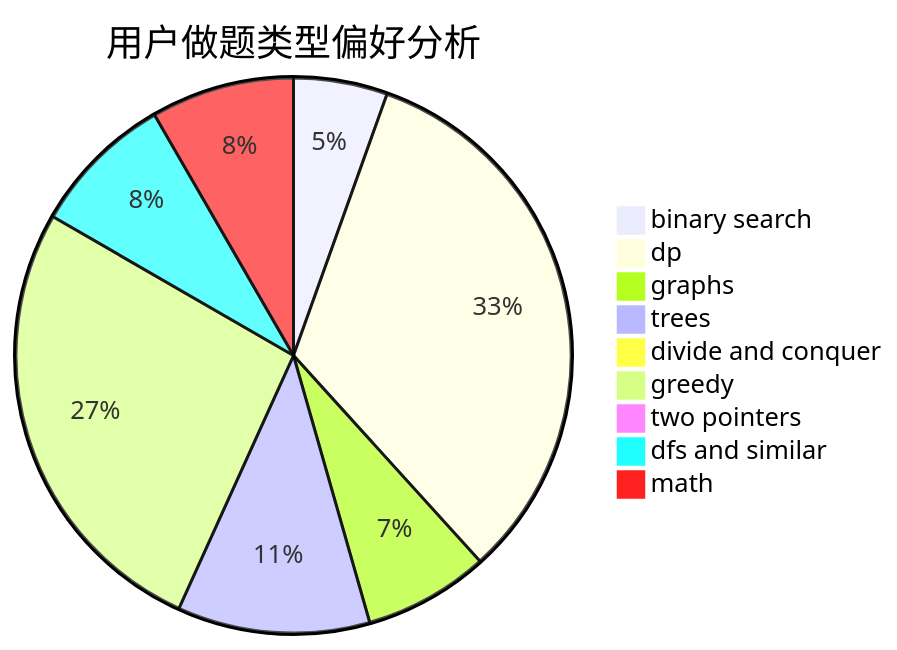
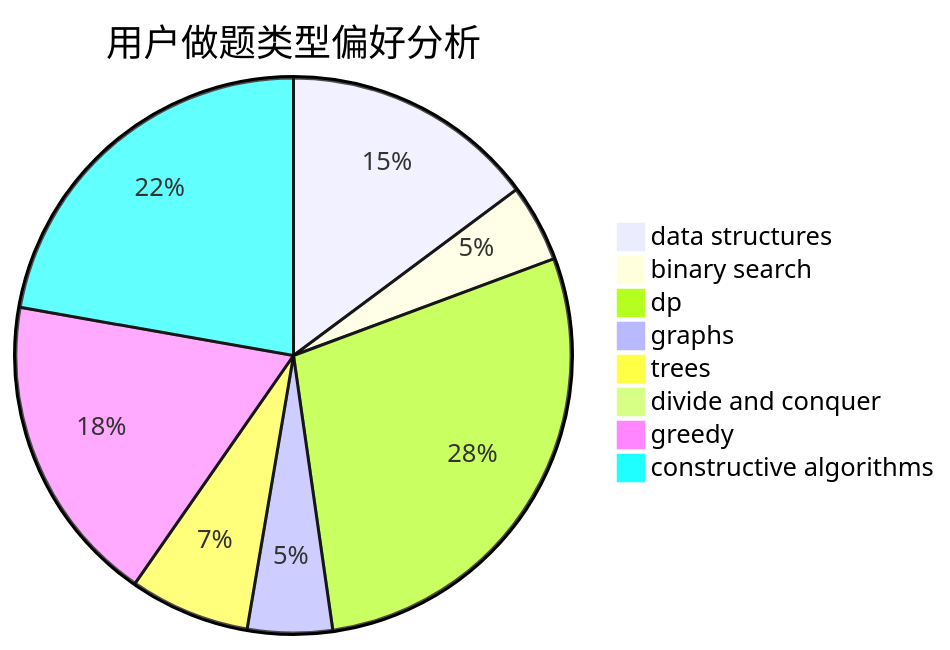
One commit to sherpahu/cfrs.github.io changed the second of 3 diagrams in docs/user/u2446.md. Above: the diagram before and after it, drawn with Mermaid. The commit also changed other lines of this file and 2775 other files, not shown here.

````diff
--- a/docs/user/u2446.md
+++ b/docs/user/u2446.md
@@ -23,12 +23,11 @@
 ```mermaid
 pie title 用户做题类型偏好分析
-    "binary search" :  21
-    "dp" :  126
-    "graphs" :  28
-    "trees" :  43
+    "data structures" :  36
+    "binary search" :  11
+    "dp" :  69
+    "graphs" :  12
+    "trees" :  17
     "divide and conquer" :  0
-    "greedy" :  102
-    "two pointers" :  0
-    "dfs and similar" :  32
-    "math" :  32
+    "greedy" :  44
+    "constructive algorithms" :  54
 ```
````
